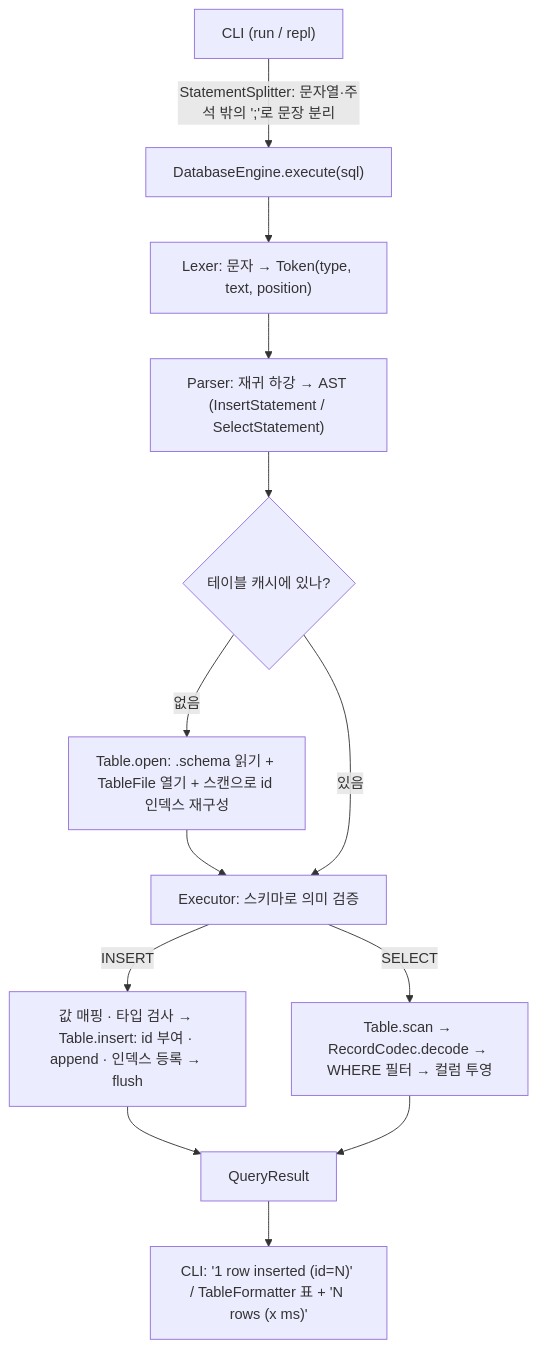
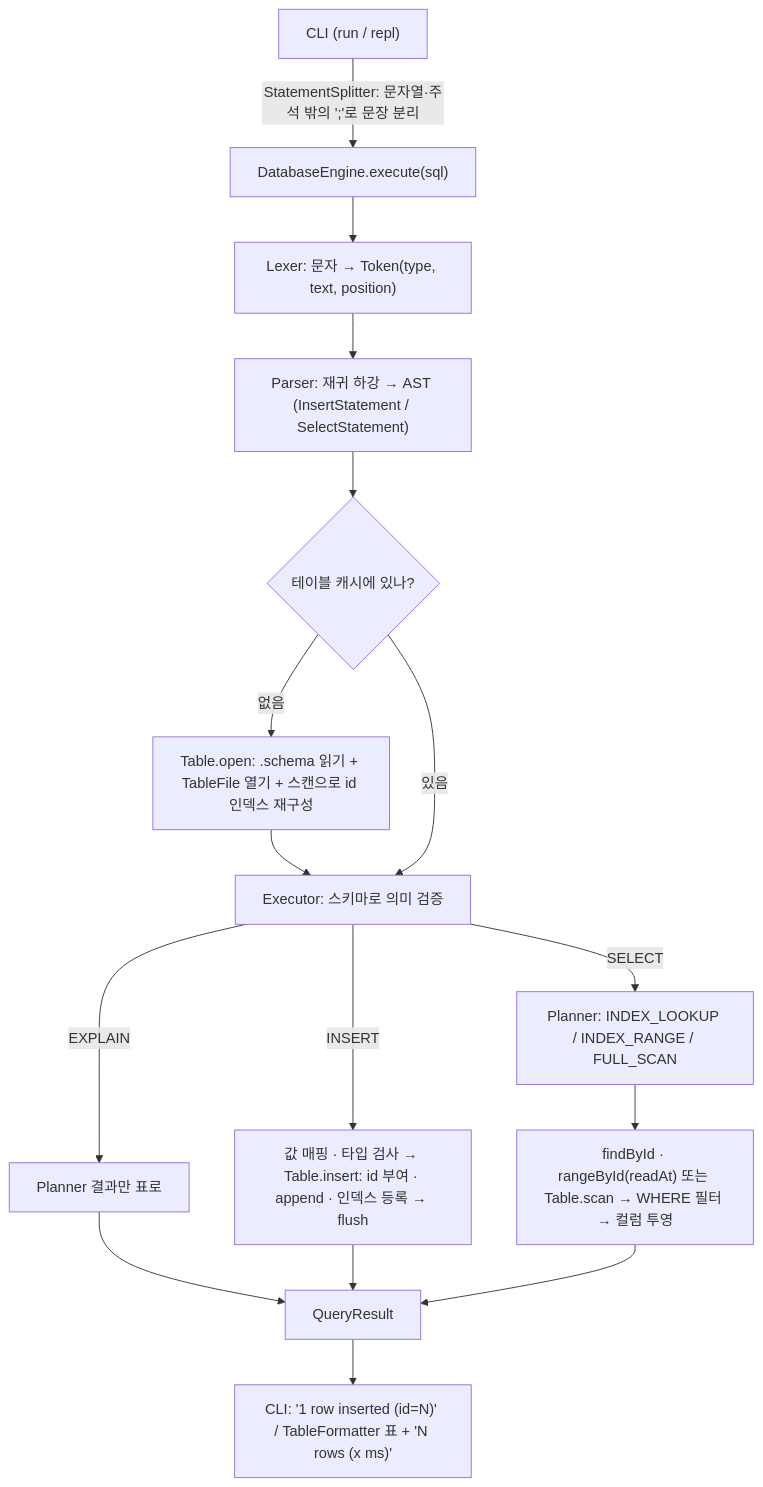
One commit to kimtaeg/ai-framework changed the diagram in mini_DBMS/README.md. Above: the diagram before and after it, drawn with Mermaid. The commit also changed other lines of this file and 19 other files, not shown here.

Commit message:
feat: 실행 경로 선택(Planner)과 EXPLAIN 추가 (INDEX_LOOKUP·INDEX_RANGE·FULL_SCAN, BETWEEN, 인덱스 끄기)

````diff
--- a/mini_DBMS/README.md
+++ b/mini_DBMS/README.md
@@ -132,15 +151,18 @@
 ```mermaid
 flowchart TD
     A["CLI (run / repl)"] -->|"StatementSplitter: 문자열·주석 밖의 ';'로 문장 분리"| B["DatabaseEngine.execute(sql)"]
     B --> C["Lexer: 문자 → Token(type, text, position)"]
     C --> D["Parser: 재귀 하강 → AST (InsertStatement / SelectStatement)"]
     D --> E{"테이블 캐시에 있나?"}
     E -->|없음| F["Table.open: .schema 읽기 + TableFile 열기 + 스캔으로 id 인덱스 재구성"]
     F --> G
     E -->|있음| G["Executor: 스키마로 의미 검증"]
     G -->|INSERT| H["값 매핑 · 타입 검사 → Table.insert: id 부여 · append · 인덱스 등록 → flush"]
-    G -->|SELECT| I["Table.scan → RecordCodec.decode → WHERE 필터 → 컬럼 투영"]
+    G -->|SELECT| P["Planner: INDEX_LOOKUP / INDEX_RANGE / FULL_SCAN"]
+    P --> I["findById · rangeById(readAt) 또는 Table.scan → WHERE 필터 → 컬럼 투영"]
+    G -->|EXPLAIN| X["Planner 결과만 표로"]
+    X --> J
     H --> J["QueryResult"]
     I --> J
     J --> K["CLI: '1 row inserted (id=N)' / TableFormatter 표 + 'N rows (x ms)'"]
 ```
````
